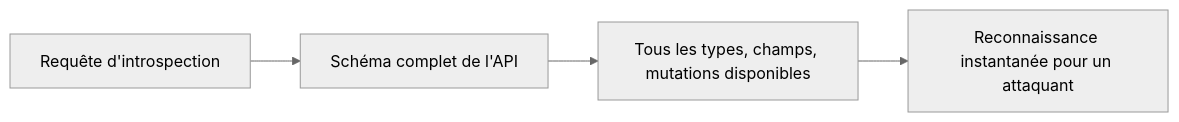
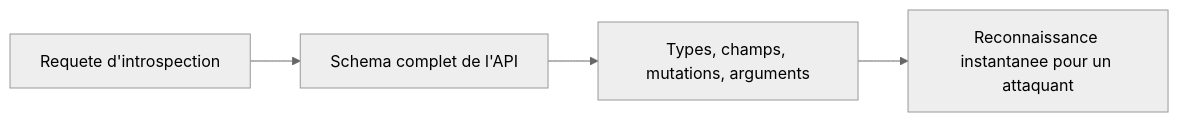
Before and after one commit to AureDulvresse/nyx: the diagram in content/courses/securite-applications-api/04-graphql-securite-api-modernes.md, drawn with Mermaid (neutral theme). The commit also changed other lines of this file and 167 other files, not shown here.

````diff
--- a/content/courses/securite-applications-api/04-graphql-securite-api-modernes.md
+++ b/content/courses/securite-applications-api/04-graphql-securite-api-modernes.md
@@ -49,6 +70,6 @@
 ```mermaid
-graph LR
-    A[Requête d'introspection] --> B[Schéma complet de l'API]
-    B --> C[Tous les types, champs, mutations disponibles]
-    C --> D[Reconnaissance instantanée pour un attaquant]
+flowchart LR
+    A["Requete d'introspection"] --> B["Schema complet de l'API"]
+    B --> C["Types, champs, mutations, arguments"]
+    C --> D["Reconnaissance instantanee pour un attaquant"]
 ```
````
